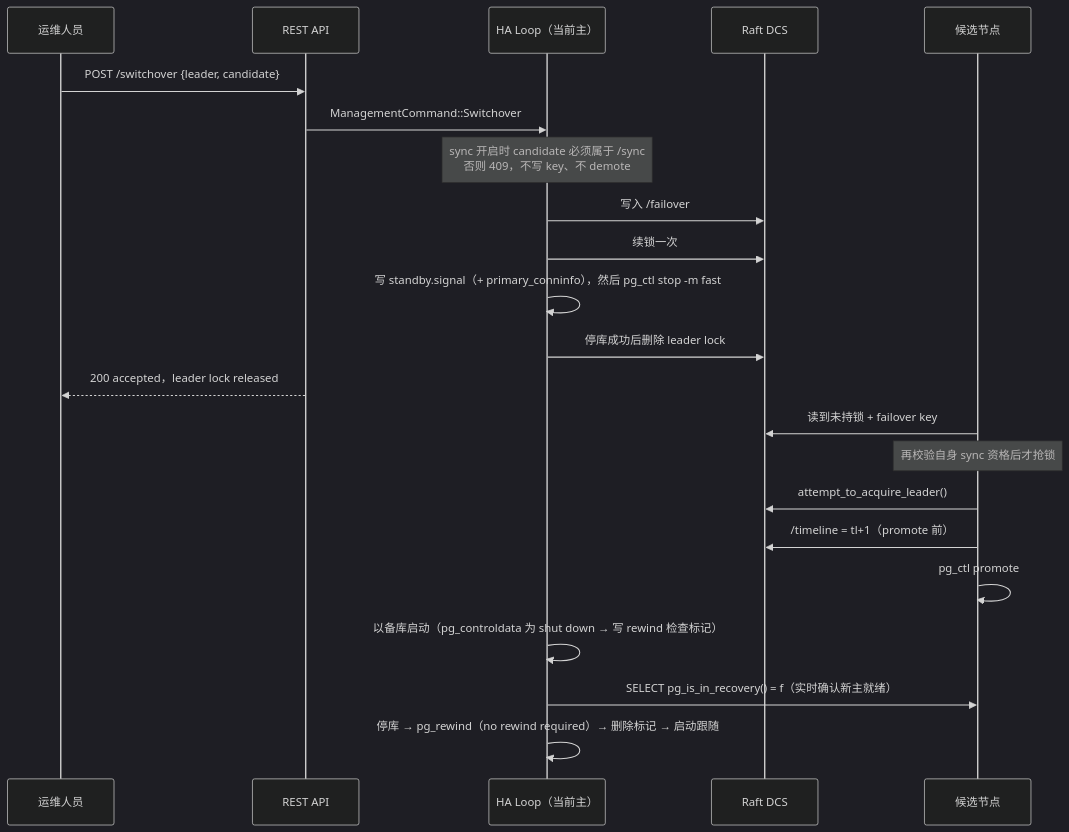
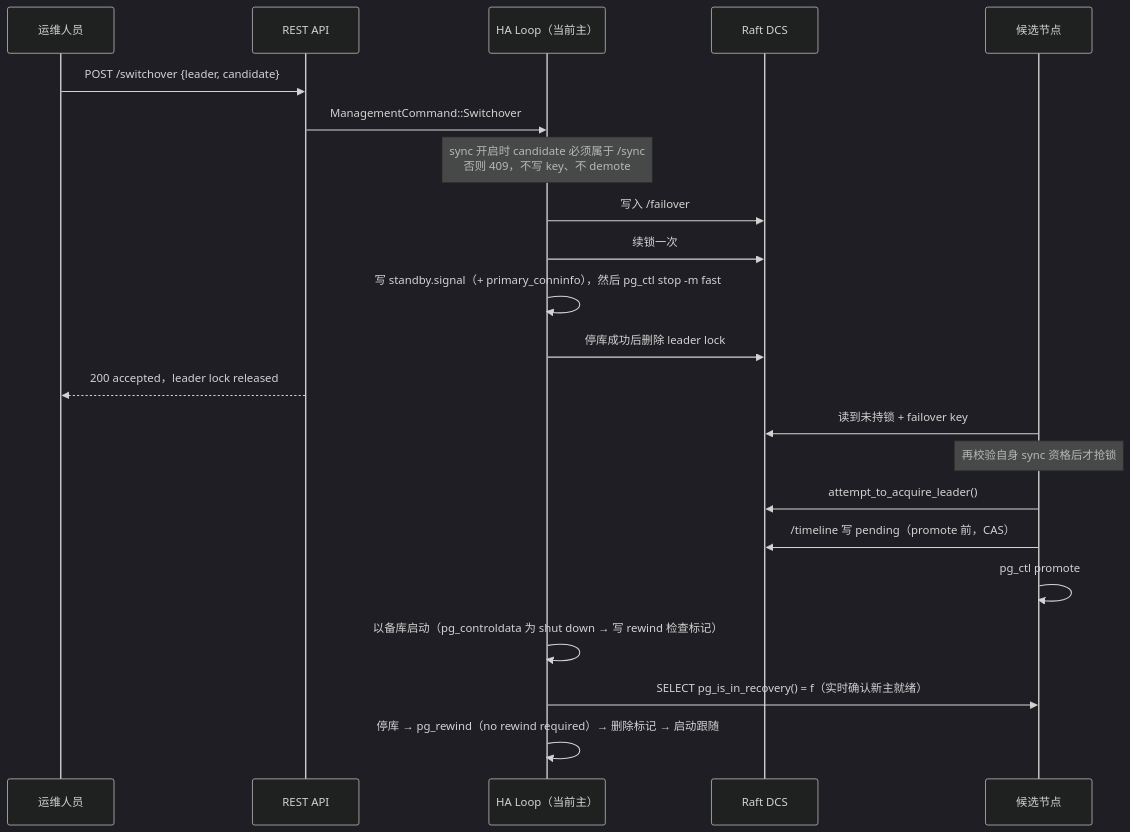
One commit to seraphico/pg-ha changed the first of 2 diagrams in docs/operations-guide.md. Above: the diagram before and after it, drawn with Mermaid (dark theme). The commit also changed other lines of this file and 19 other files, not shown here.

````diff
--- a/docs/operations-guide.md
+++ b/docs/operations-guide.md
@@ -206,25 +206,25 @@
 ```mermaid
 sequenceDiagram
     participant Admin as 运维人员
     participant API as REST API
     participant HA as HA Loop（当前主）
     participant DCS as Raft DCS
     participant New as 候选节点
 
     Admin->>API: POST /switchover {leader, candidate}
     API->>HA: ManagementCommand::Switchover
     Note over HA: sync 开启时 candidate 必须属于 /sync<br/>否则 409，不写 key、不 demote
     HA->>DCS: 写入 /failover
     HA->>DCS: 续锁一次
     HA->>HA: 写 standby.signal（+ primary_conninfo），然后 pg_ctl stop -m fast
     HA->>DCS: 停库成功后删除 leader lock
     API-->>Admin: 200 accepted，leader lock released
     New->>DCS: 读到未持锁 + failover key
     Note over New: 再校验自身 sync 资格后才抢锁
     New->>DCS: attempt_to_acquire_leader()
-    New->>DCS: /timeline = tl+1（promote 前）
+    New->>DCS: /timeline 写 pending（promote 前，CAS）
     New->>New: pg_ctl promote
     HA->>HA: 以备库启动（pg_controldata 为 shut down → 写 rewind 检查标记）
     HA->>New: SELECT pg_is_in_recovery() = f（实时确认新主就绪）
     HA->>HA: 停库 → pg_rewind（no rewind required）→ 删除标记 → 启动跟随
 ```
````
